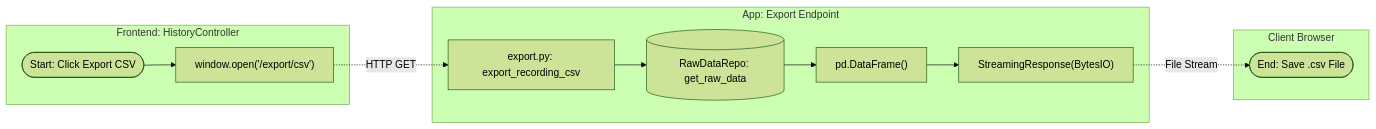
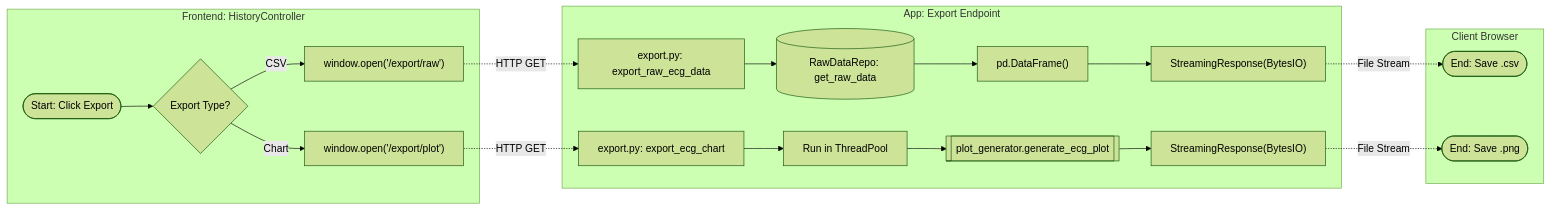
The tenth of 11 diagrams in SYSTEM_FLOWS.md (affanrk/ecg-puskesmas), drawn with Mermaid (forest theme) before and after one commit. The commit also changed other lines of this file, not shown here.

````diff
--- a/SYSTEM_FLOWS.md
+++ b/SYSTEM_FLOWS.md
@@ -347,20 +350,28 @@
 ```mermaid
 flowchart LR
     %% SWIMLANE: FRONTEND
     subgraph UI [Frontend: HistoryController]
-        ClickExp([Start: Click Export CSV]) --> ReqExp["window.open('/export/csv')"]
+        ClickExp([Start: Click Export]) --> Type{"Export Type?"}
+        Type -- CSV --> ReqCSV["window.open('/export/raw')"]
+        Type -- Chart --> ReqPlot["window.open('/export/plot')"]
     end
 
-    %% SWIMLANE: BACKEND
+    %% SWIMLANE: BACKEND API
     subgraph API [App: Export Endpoint]
-        ReqExp -.->|HTTP GET| Route["export.py: export_recording_csv"]
-        Route --> FetchRaw[(RawDataRepo: get_raw_data)]
+        ReqCSV -.->|HTTP GET| EndCSV["export.py: export_raw_ecg_data"]
+        EndCSV --> FetchRaw[(RawDataRepo: get_raw_data)]
         FetchRaw --> Pandas["pd.DataFrame()"]
-        Pandas --> Stream["StreamingResponse(BytesIO)"]
+        Pandas --> StreamCSV["StreamingResponse(BytesIO)"]
+
+        ReqPlot -.->|HTTP GET| EndPlot["export.py: export_ecg_chart"]
+        EndPlot --> ExecPool[Run in ThreadPool]
+        ExecPool --> MatPlot[[plot_generator.generate_ecg_plot]]
+        MatPlot --> StreamPNG["StreamingResponse(BytesIO)"]
     end
 
     %% SWIMLANE: BROWSER
     subgraph Browser [Client Browser]
-        Stream -.->|File Stream| Download([End: Save .csv File])
+        StreamCSV -.->|File Stream| DownloadCSV([End: Save .csv])
+        StreamPNG -.->|File Stream| DownloadPNG([End: Save .png])
     end
 ```
````
